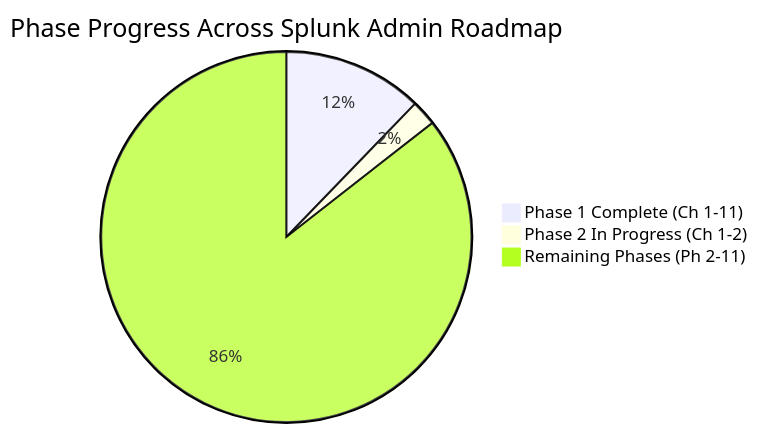
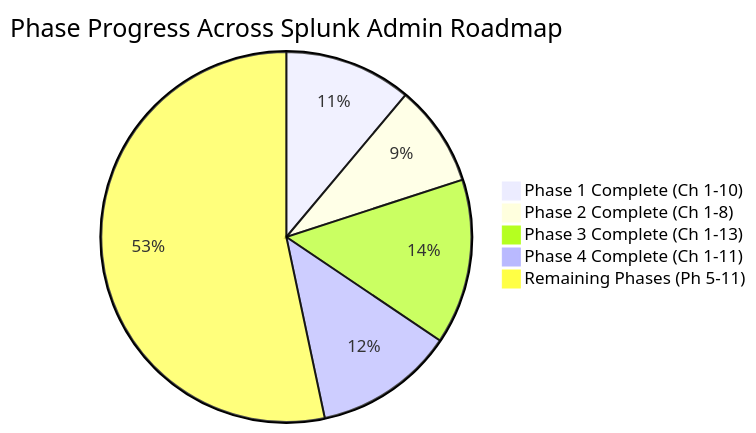
One commit to ashu200107/Splunk changed the diagram in 00 - Master Dashboard & Roadmap/01_Progress_Tracker.md. Above: the diagram before and after it, drawn with Mermaid. The commit also changed other lines of this file and 1 other file, not shown here.

Commit message:
docs: synchronize master progress tracker and Cyber Arena overview through Phase 5 completion

````diff
--- a/00 - Master Dashboard & Roadmap/01_Progress_Tracker.md
+++ b/00 - Master Dashboard & Roadmap/01_Progress_Tracker.md
@@ -11,6 +11,8 @@
 ```mermaid
 pie title Phase Progress Across Splunk Admin Roadmap
-    "Phase 1 Complete (Ch 1-11)" : 11
-    "Phase 2 In Progress (Ch 1-2)" : 2
-    "Remaining Phases (Ph 2-11)" : 77
+    "Phase 1 Complete (Ch 1-10)" : 10
+    "Phase 2 Complete (Ch 1-8)" : 8
+    "Phase 3 Complete (Ch 1-13)" : 13
+    "Phase 4 Complete (Ch 1-11)" : 11
+    "Remaining Phases (Ph 5-11)" : 48
 ```
````
